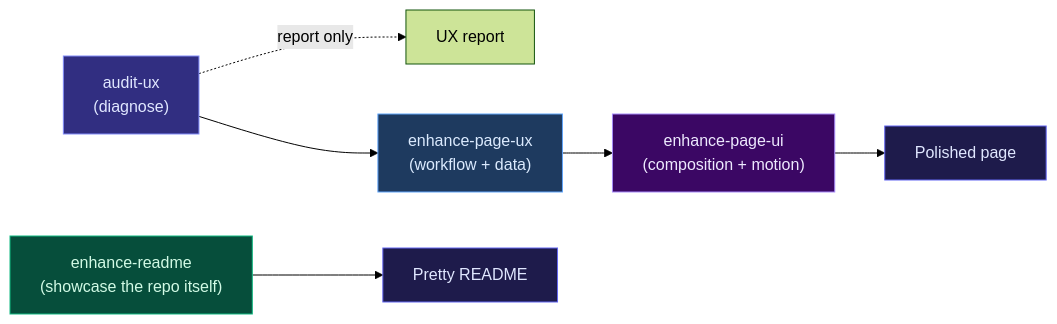
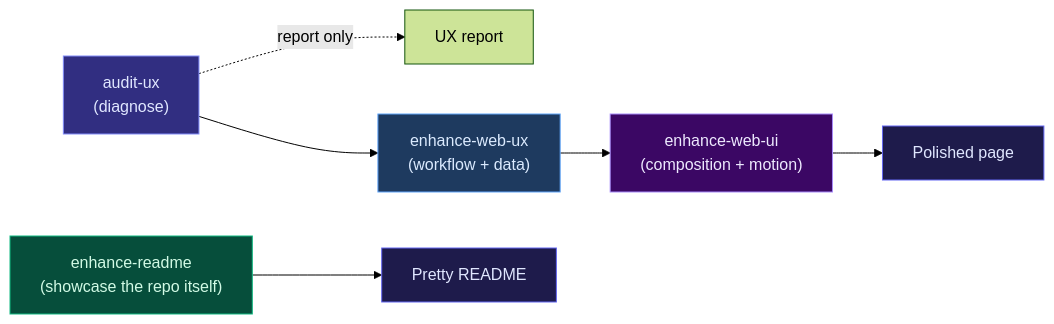
One commit to kensaurus/cursor-kenji changed the sixth of 12 diagrams in README.md. Above: the diagram before and after it, drawn with Mermaid (forest theme). The commit also changed other lines of this file and 13 other files, not shown here.

````diff
--- a/README.md
+++ b/README.md
@@ -472,15 +476,15 @@
 ```mermaid
 flowchart LR
   AUDIT["audit-ux\n(diagnose)"] -.->|"report only"| REPORT["UX report"]
   AUDIT --> UX
-  UX["enhance-page-ux\n(workflow + data)"] --> UI
-  UI["enhance-page-ui\n(composition + motion)"] --> DONE["Polished page"]
+  UX["enhance-web-ux\n(workflow + data)"] --> UI
+  UI["enhance-web-ui\n(composition + motion)"] --> DONE["Polished page"]
   README["enhance-readme\n(showcase the repo itself)"] --> SHIP["Pretty README"]
 
   style AUDIT fill:#312e81,stroke:#818cf8,color:#e0e7ff
   style UX fill:#1e3a5f,stroke:#60a5fa,color:#dbeafe
   style UI fill:#3b0764,stroke:#a78bfa,color:#ede9fe
   style README fill:#064e3b,stroke:#10b981,color:#d1fae5
   style DONE fill:#1e1b4b,stroke:#6366f1,color:#e0e7ff
   style SHIP fill:#1e1b4b,stroke:#6366f1,color:#e0e7ff
 ```
````
